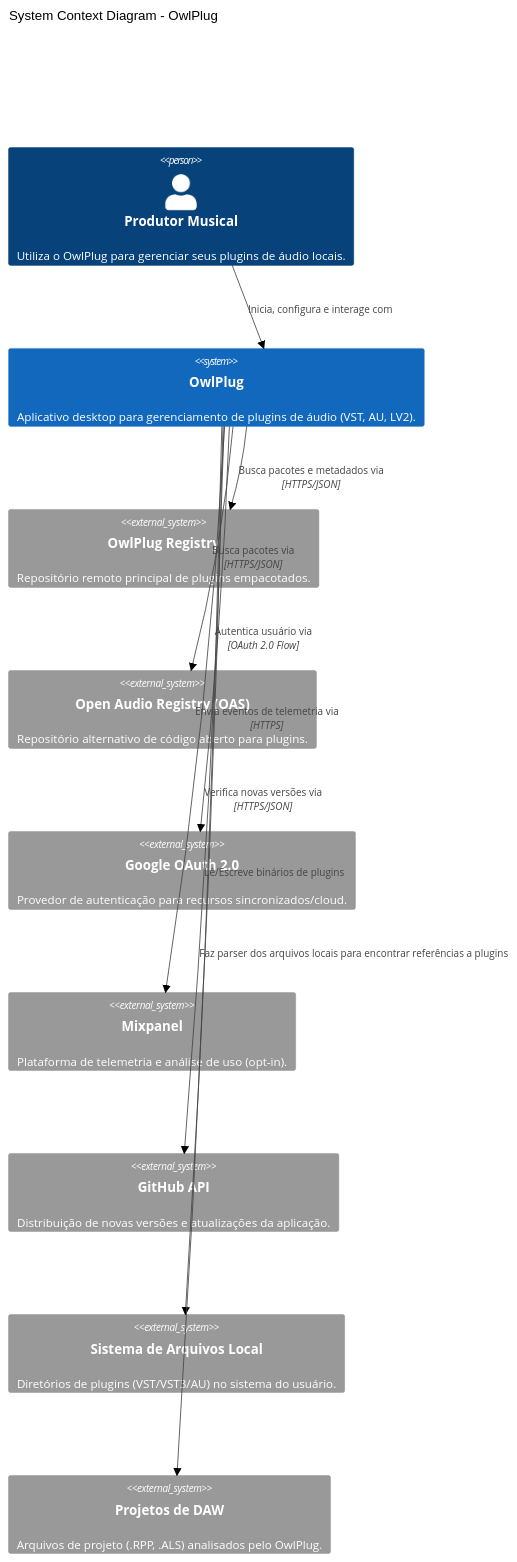
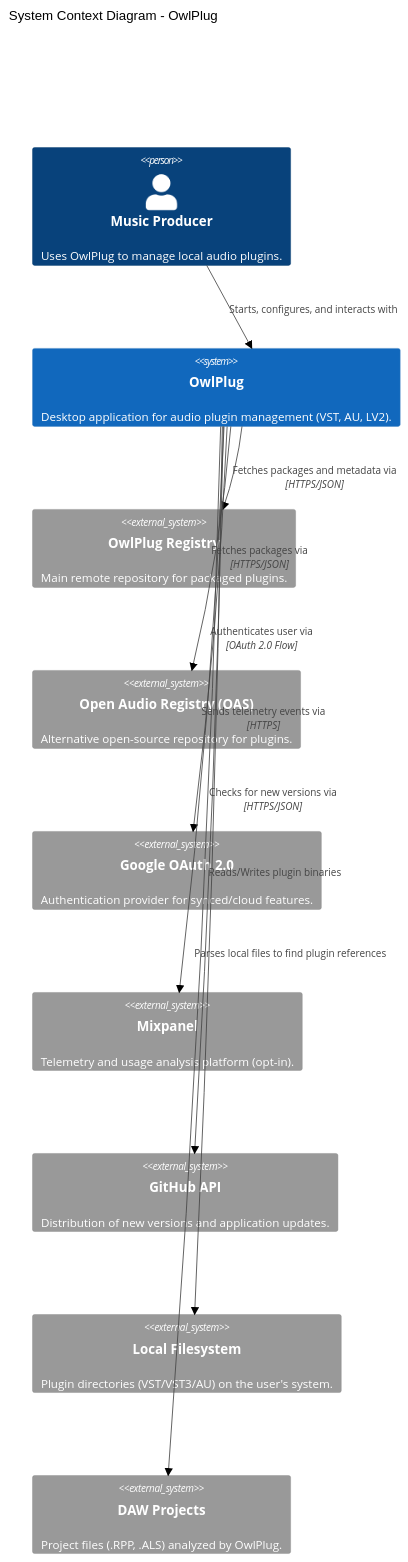
Before and after one commit to daniel-chiuratto-seabra/OwlPlug: the first of 15 diagrams in docs/full-forensic-technical-documentation.md, drawn with Mermaid (neutral theme). The commit also changed other lines of this file, not shown here.

````diff
--- a/docs/full-forensic-technical-documentation.md
+++ b/docs/full-forensic-technical-documentation.md
@@ -42,25 +42,25 @@
 ```mermaid
 C4Context
     title System Context Diagram - OwlPlug
 
-    Person(user, "Produtor Musical", "Utiliza o OwlPlug para gerenciar seus plugins de áudio locais.")
+    Person(user, "Music Producer", "Uses OwlPlug to manage local audio plugins.")
 
-    System(owlplug, "OwlPlug", "Aplicativo desktop para gerenciamento de plugins de áudio (VST, AU, LV2).")
+    System(owlplug, "OwlPlug", "Desktop application for audio plugin management (VST, AU, LV2).")
 
-    System_Ext(registry, "OwlPlug Registry", "Repositório remoto principal de plugins empacotados.")
-    System_Ext(oas, "Open Audio Registry (OAS)", "Repositório alternativo de código aberto para plugins.")
-    System_Ext(google, "Google OAuth 2.0", "Provedor de autenticação para recursos sincronizados/cloud.")
-    System_Ext(mixpanel, "Mixpanel", "Plataforma de telemetria e análise de uso (opt-in).")
-    System_Ext(github, "GitHub API", "Distribuição de novas versões e atualizações da aplicação.")
-    System_Ext(filesystem, "Sistema de Arquivos Local", "Diretórios de plugins (VST/VST3/AU) no sistema do usuário.")
-    System_Ext(daw, "Projetos de DAW", "Arquivos de projeto (.RPP, .ALS) analisados pelo OwlPlug.")
+    System_Ext(registry, "OwlPlug Registry", "Main remote repository for packaged plugins.")
+    System_Ext(oas, "Open Audio Registry (OAS)", "Alternative open-source repository for plugins.")
+    System_Ext(google, "Google OAuth 2.0", "Authentication provider for synced/cloud features.")
+    System_Ext(mixpanel, "Mixpanel", "Telemetry and usage analysis platform (opt-in).")
+    System_Ext(github, "GitHub API", "Distribution of new versions and application updates.")
+    System_Ext(filesystem, "Local Filesystem", "Plugin directories (VST/VST3/AU) on the user's system.")
+    System_Ext(daw, "DAW Projects", "Project files (.RPP, .ALS) analyzed by OwlPlug.")
 
-    Rel(user, owlplug, "Inicia, configura e interage com")
-    Rel(owlplug, registry, "Busca pacotes e metadados via", "HTTPS/JSON")
-    Rel(owlplug, oas, "Busca pacotes via", "HTTPS/JSON")
-    Rel(owlplug, google, "Autentica usuário via", "OAuth 2.0 Flow")
-    Rel(owlplug, mixpanel, "Envia eventos de telemetria via", "HTTPS")
-    Rel(owlplug, github, "Verifica novas versões via", "HTTPS/JSON")
-    Rel(owlplug, filesystem, "Lê/Escreve binários de plugins")
-    Rel(owlplug, daw, "Faz parser dos arquivos locais para encontrar referências a plugins")
+    Rel(user, owlplug, "Starts, configures, and interacts with")
+    Rel(owlplug, registry, "Fetches packages and metadata via", "HTTPS/JSON")
+    Rel(owlplug, oas, "Fetches packages via", "HTTPS/JSON")
+    Rel(owlplug, google, "Authenticates user via", "OAuth 2.0 Flow")
+    Rel(owlplug, mixpanel, "Sends telemetry events via", "HTTPS")
+    Rel(owlplug, github, "Checks for new versions via", "HTTPS/JSON")
+    Rel(owlplug, filesystem, "Reads/Writes plugin binaries")
+    Rel(owlplug, daw, "Parses local files to find plugin references")
 ```
````
